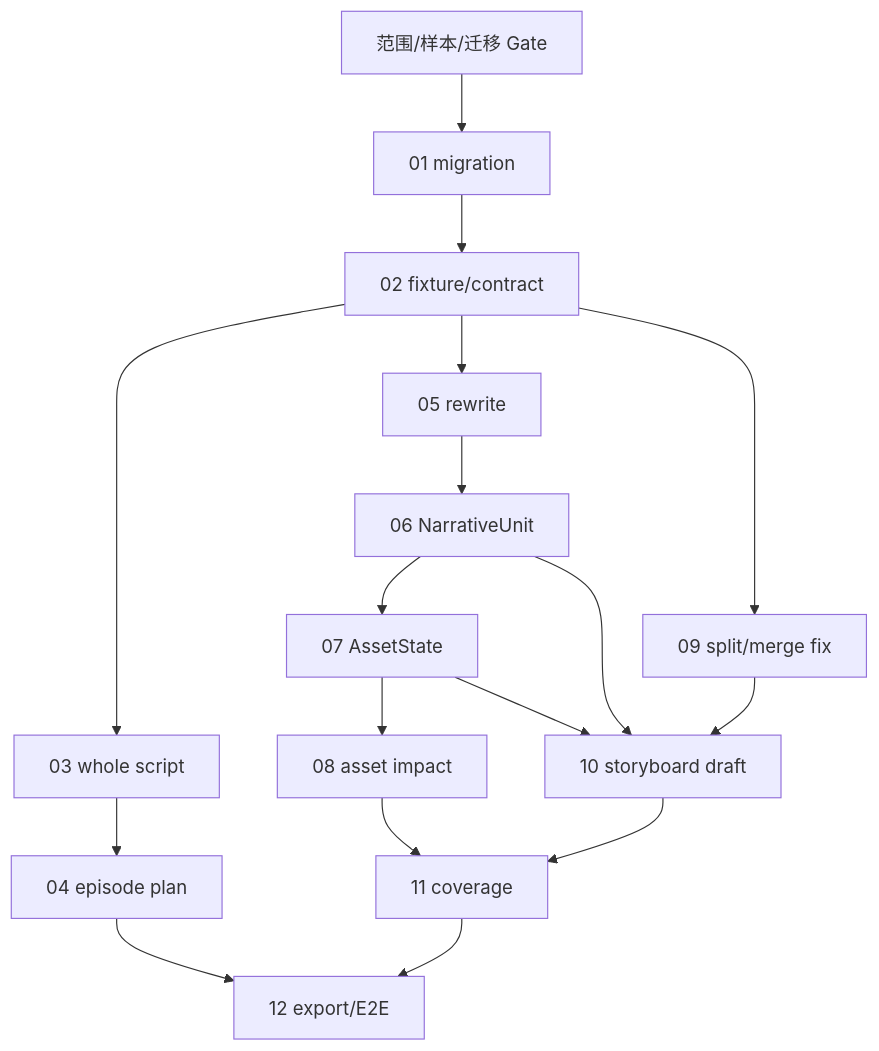
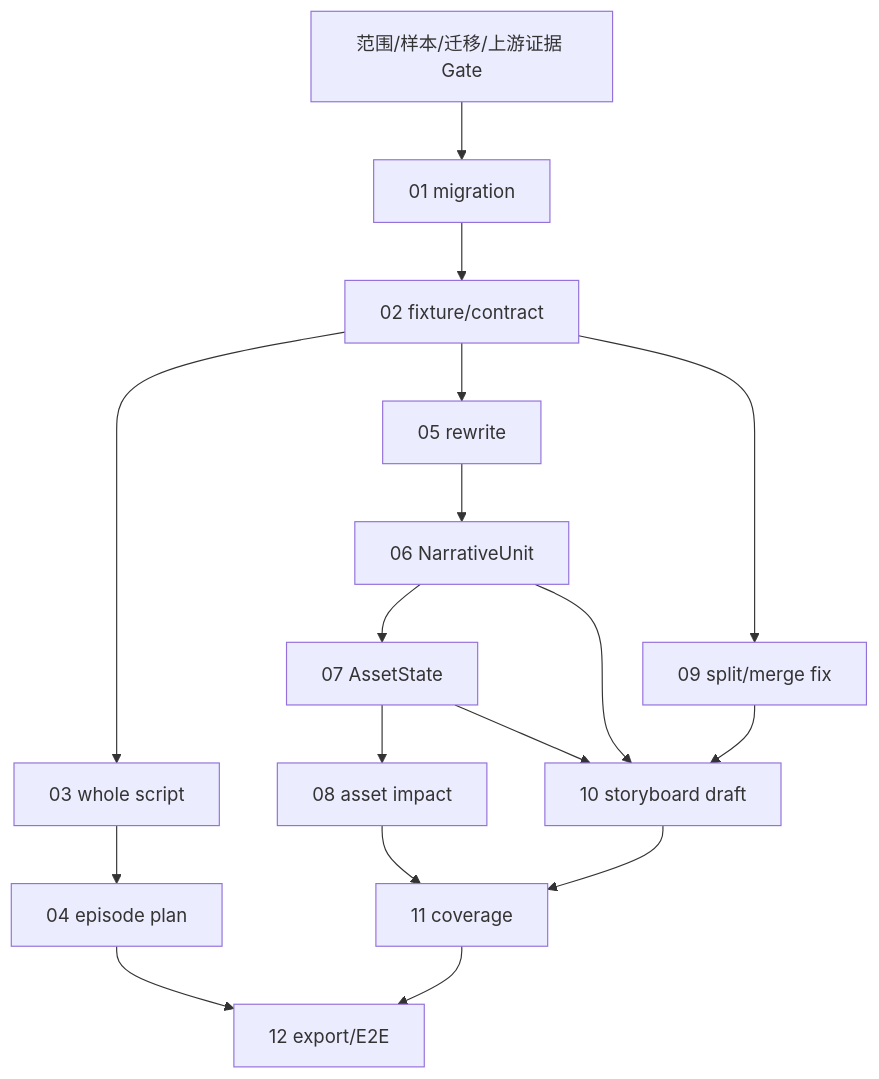
One commit to StephenQiu30/lanverse changed the diagram in docs/plan/012-AI短剧MVP核心制作执行计划.md. Above: the diagram before and after it, drawn with Mermaid. The commit also changed other lines of this file and 2 other files, not shown here.

```diff
--- a/docs/plan/012-AI短剧MVP核心制作执行计划.md
+++ b/docs/plan/012-AI短剧MVP核心制作执行计划.md
@@ -277,19 +307,19 @@
 ~~~mermaid
 flowchart TD
-    G["范围/样本/迁移 Gate"] --> D1["01 migration"]
+    G["范围/样本/迁移/上游证据 Gate"] --> D1["01 migration"]
     D1 --> D2["02 fixture/contract"]
     D2 --> D3["03 whole script"]
     D3 --> D4["04 episode plan"]
     D2 --> D5["05 rewrite"]
     D5 --> D6["06 NarrativeUnit"]
     D2 --> D9["09 split/merge fix"]
     D6 --> D7["07 AssetState"]
     D7 --> D8["08 asset impact"]
     D6 --> D10["10 storyboard draft"]
     D7 --> D10
     D9 --> D10
     D8 --> D11["11 coverage"]
     D10 --> D11
     D4 --> D12["12 export/E2E"]
     D11 --> D12
 ~~~
```
